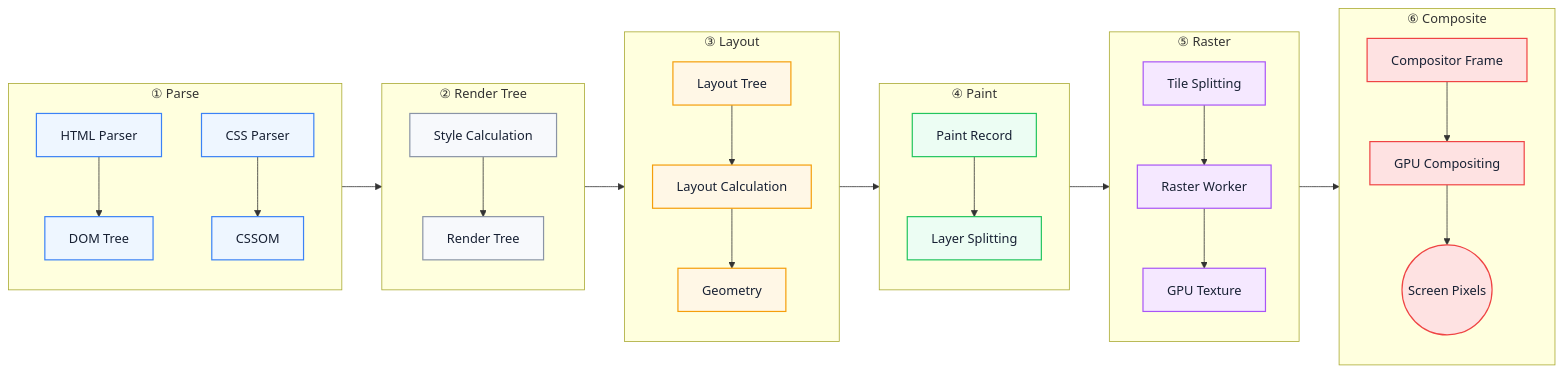
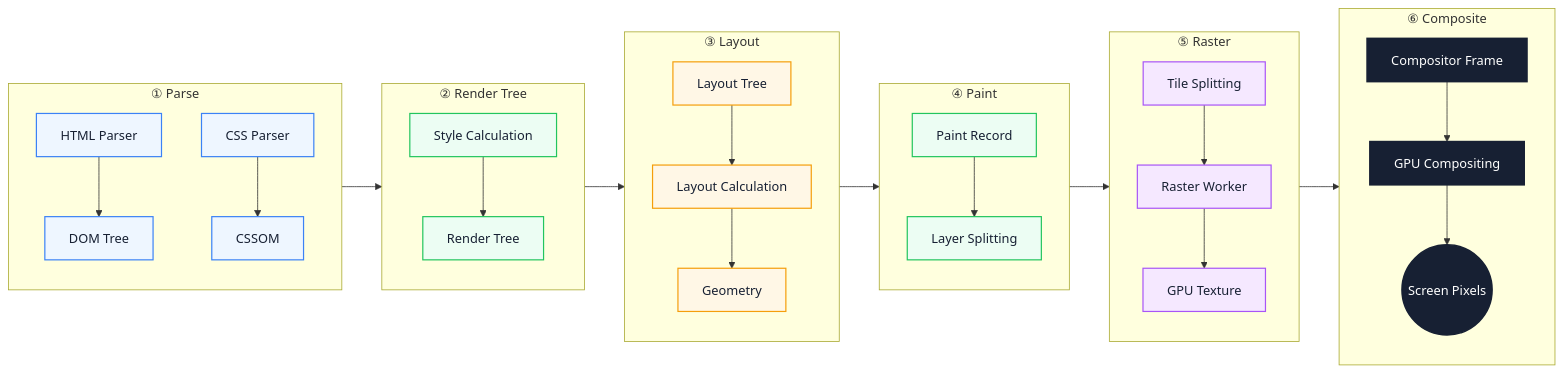
One commit to Fatejian/frontier-vault changed the first of 3 diagrams in docs/en/browser/rendering-pipeline.md. Above: the diagram before and after it, drawn with Mermaid. The commit also changed other lines of this file and 41 other files, not shown here.

````diff
--- a/docs/en/browser/rendering-pipeline.md
+++ b/docs/en/browser/rendering-pipeline.md
@@ -65,67 +57,65 @@
 ```mermaid
-%%{init: {'theme': 'base', 'themeVariables': { 'fontFamily': 'Inter, PingFang SC, Microsoft YaHei, sans-serif', 'primaryColor': '#EEF6FF', 'primaryTextColor': '#172033', 'primaryBorderColor': '#6EA8FE', 'lineColor': '#8A94A6', 'secondaryColor': '#F7F9FC', 'tertiaryColor': '#FFF7E6, 'fontSize': '13px'}}}%%
 flowchart LR
     subgraph Parse["① Parse"]
         direction TB
         A1[HTML Parser]
         A2[DOM Tree]
         A3[CSS Parser]
         A4[CSSOM]
         A1 --> A2
         A3 --> A4
     end
 
     subgraph Render["② Render Tree"]
         direction TB
         B1[Style Calculation]
         B2[Render Tree]
         B1 --> B2
     end
 
     subgraph Layout["③ Layout"]
         direction TB
         C1[Layout Tree]
         C2[Layout Calculation]
         C3[Geometry]
         C1 --> C2 --> C3
     end
 
     subgraph Paint["④ Paint"]
         direction TB
         D1[Paint Record]
         D2[Layer Splitting]
         D1 --> D2
     end
 
     subgraph Raster["⑤ Raster"]
         direction TB
         E1[Tile Splitting]
         E2[Raster Worker]
         E3[GPU Texture]
         E1 --> E2 --> E3
     end
 
     subgraph Composite["⑥ Composite"]
         direction TB
         F1[Compositor Frame]
         F2[GPU Compositing]
         F3((Screen Pixels))
         F1 --> F2 --> F3
     end
 
     Parse --> Render --> Layout --> Paint --> Raster --> Composite
 
-    classDef parse fill:#EEF6FF,stroke:#3B82F6,color:#172033,stroke-width:1.5px;
-    classDef render fill:#F7F9FC,stroke:#8A94A6,color:#172033,stroke-width:1.5px;
-    classDef layout fill:#FFF7E6,stroke:#F59E0B,color:#172033,stroke-width:1.5px;
-    classDef paint fill:#ECFDF3,stroke:#22C55E,color:#172033,stroke-width:1.5px;
-    classDef raster fill:#F5E8FF,stroke:#A855F7,color:#172033,stroke-width:1.5px;
-    classDef composite fill:#FEE2E2,stroke:#EF4444,color:#172033,stroke-width:1.5px;
+    classDef wait fill:#EEF6FF,stroke:#3B82F6,color:#172033,stroke-width:1.5px;
+    classDef work fill:#ECFDF3,stroke:#22C55E,color:#172033,stroke-width:1.5px;
+    classDef block fill:#FFF7E6,stroke:#F59E0B,color:#172033,stroke-width:1.5px;
+    classDef metric fill:#F5E8FF,stroke:#A855F7,color:#172033,stroke-width:1.5px;
+    classDef core fill:#172033,color:#fff,stroke:#172033,stroke-width:2px;
 
-    class A1,A2,A3,A4 parse;
-    class B1,B2 render;
-    class C1,C2,C3 layout;
-    class D1,D2 paint;
-    class E1,E2,E3 raster;
-    class F1,F2,F3 composite;
+    class A1,A2,A3,A4 wait;
+    class B1,B2 work;
+    class C1,C2,C3 block;
+    class D1,D2 work;
+    class E1,E2,E3 metric;
+    class F1,F2,F3 core;
 ```
````
